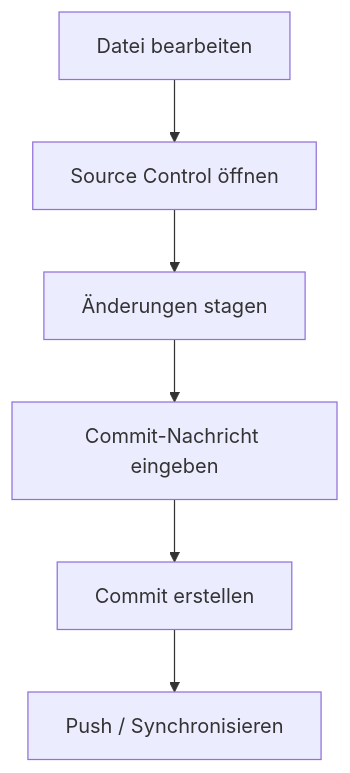
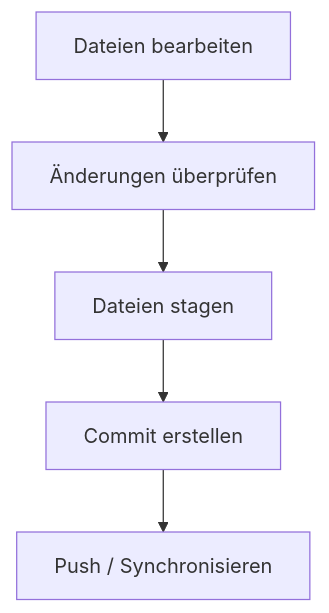
Before and after one commit to Post155/Git-Schulung: the fifth of 5 diagrams in README.md, drawn with Mermaid. The commit also changed other lines of this file, not shown here.

````diff
--- a/README.md
+++ b/README.md
@@ -706,15 +285,13 @@
 ```mermaid
 flowchart TD
-    A["Datei bearbeiten"]
-    B["Source Control öffnen"]
-    C["Änderungen stagen"]
-    D["Commit-Nachricht eingeben"]
-    E["Commit erstellen"]
-    F["Push / Synchronisieren"]
+    A["Dateien bearbeiten"]
+    B["Änderungen überprüfen"]
+    C["Dateien stagen"]
+    D["Commit erstellen"]
+    E["Push / Synchronisieren"]
 
     A --> B
     B --> C
     C --> D
     D --> E
-    E --> F
 ```
````
